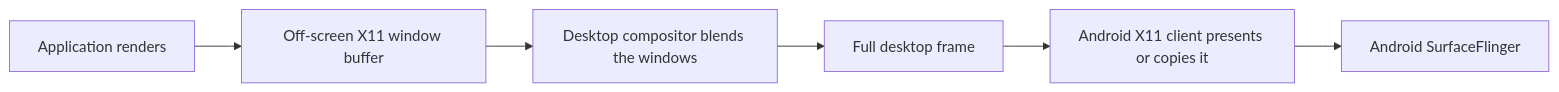
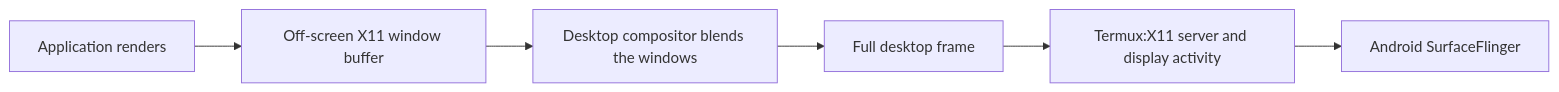
Before and after one commit to RandomCoderOrg/udroid-wiki: the first of 2 diagrams in udroid-landing/setting-up-gui/smooth-desktop-performance.md, drawn with Mermaid. The commit also changed other lines of this file and 3 other files, not shown here.

````diff
--- a/udroid-landing/setting-up-gui/smooth-desktop-performance.md
+++ b/udroid-landing/setting-up-gui/smooth-desktop-performance.md
@@ -78,8 +102,8 @@
 ```mermaid
 flowchart LR
     A["Application renders"] --> B["Off-screen X11 window buffer"]
     B --> C["Desktop compositor blends the windows"]
     C --> D["Full desktop frame"]
-    D --> E["Android X11 client presents or copies it"]
+    D --> E["Termux:X11 server and display activity"]
     E --> F["Android SurfaceFlinger"]
 ```
````
